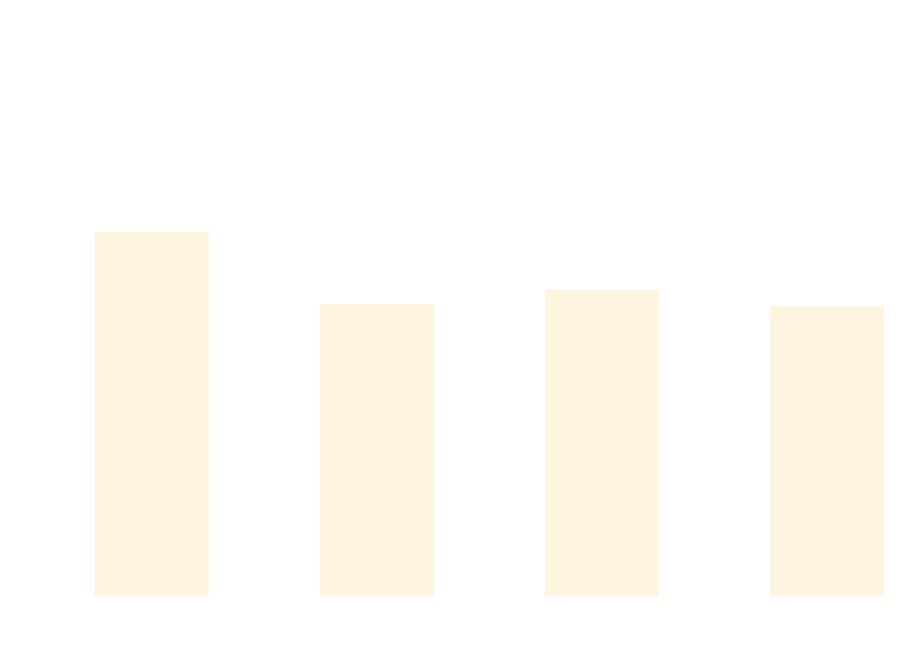
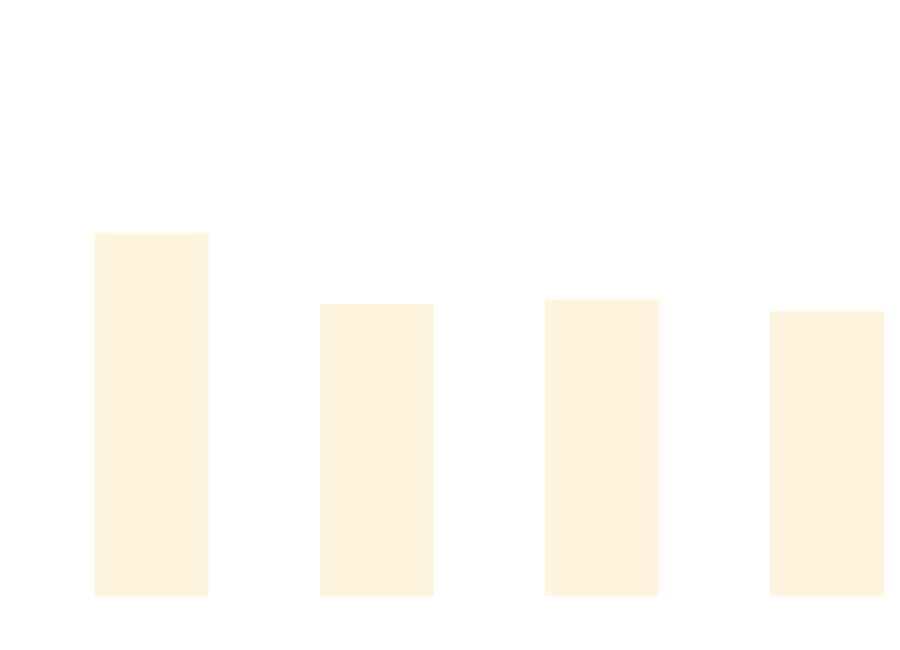
The diagram in docs/docs/benchmarks/BuildTime.md (thomhurst/TUnit), drawn with Mermaid before and after one commit. The commit also changed other lines of this file and 17 other files, not shown here.

````diff
--- a/docs/docs/benchmarks/BuildTime.md
+++ b/docs/docs/benchmarks/BuildTime.md
@@ -28,37 +28,37 @@
 ```mermaid
 %%{init: {
   'theme':'base',
   'themeVariables': {
     'primaryColor': '#2563eb',
     'primaryTextColor': '#ffffff',
     'primaryBorderColor': '#1e40af',
     'lineColor': '#6b7280',
     'secondaryColor': '#7c3aed',
     'tertiaryColor': '#dc2626',
     'background': '#ffffff',
     'mainBkg': '#2563eb',
     'secondBkg': '#7c3aed',
     'tertiaryBkg': '#dc2626',
     'clusterBkg': '#f3f4f6',
     'edgeLabelBackground': '#ffffff',
     'tertiaryTextColor': '#1f2937',
     'pie1': '#2563eb',
     'pie2': '#7c3aed',
     'pie3': '#dc2626',
     'pie4': '#f59e0b',
     'pie5': '#10b981',
     'pie6': '#06b6d4',
     'pie7': '#ec4899',
     'pie8': '#6366f1',
     'pie9': '#84cc16',
     'pie10': '#f97316',
     'pie11': '#14b8a6',
     'pie12': '#a855f7'
   }
 }}%%
 xychart-beta
   title "Build Time Comparison"
   x-axis ["Build_TUnit", "Build_NUnit", "Build_MSTest", "Build_xUnit3"]
   y-axis "Time (s)" 0 --> 3
-  bar [2.075, 1.652, 1.737, 1.639]
+  bar [2.067, 1.654, 1.679, 1.611]
 ```
````
